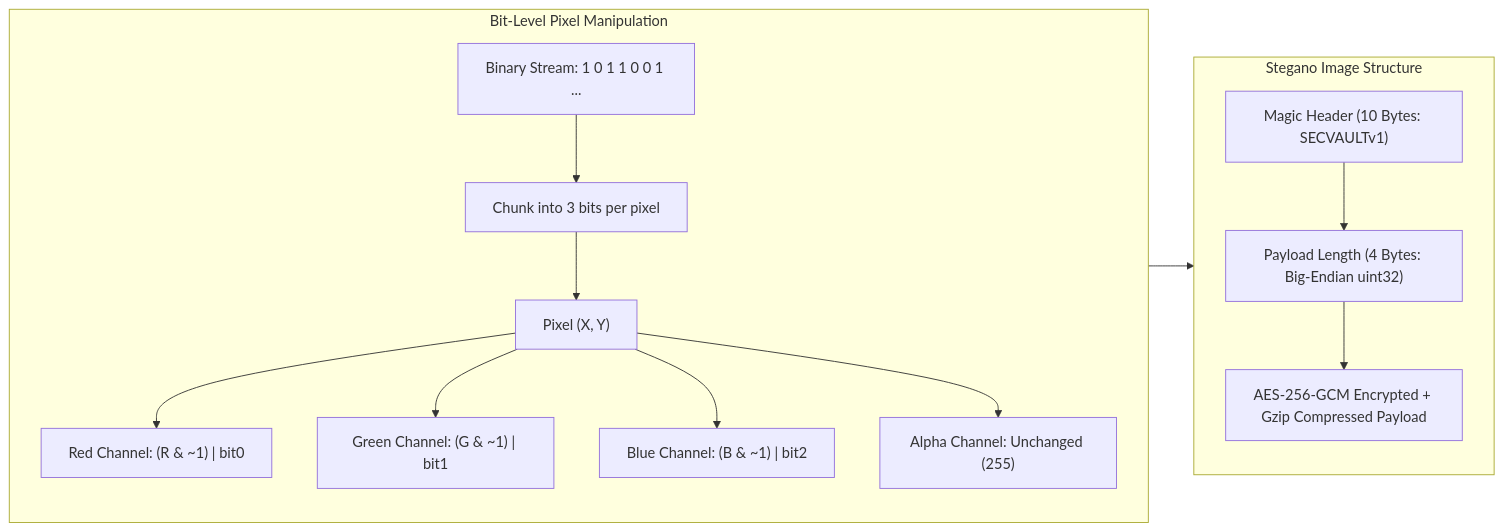
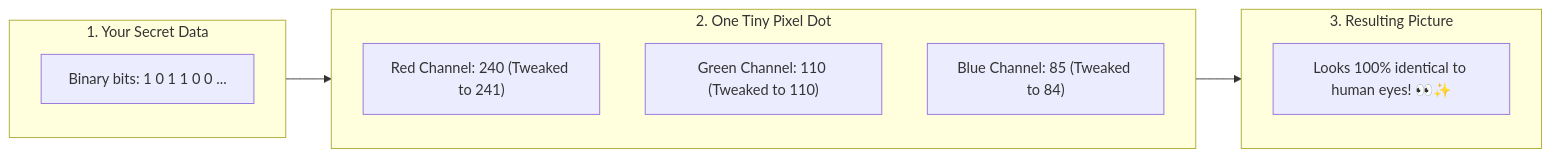
One commit to sujalkathait93-lab/filesender changed the fourth of 4 diagrams in README.md. Above: the diagram before and after it, drawn with Mermaid. The commit also changed other lines of this file, not shown here.

Commit message:
Update README with simple teacher-style explanations for all diagrams and remove deployment guide

````diff
--- a/README.md
+++ b/README.md
@@ -151,20 +153,18 @@
 ```mermaid
 flowchart LR
-    subgraph BIT_INJECTION ["Bit-Level Pixel Manipulation"]
-        direction TB
-        B["Binary Stream: 1 0 1 1 0 0 1 ..."] --> M["Chunk into 3 bits per pixel"]
-        M --> P1["Pixel (X, Y)"]
-        P1 --> R["Red Channel: (R & ~1) | bit0"]
-        P1 --> G["Green Channel: (G & ~1) | bit1"]
-        P1 --> B2["Blue Channel: (B & ~1) | bit2"]
-        P1 --> A["Alpha Channel: Unchanged (255)"]
+    subgraph INPUT ["1. Your Secret Data"]
+        DATA["Binary bits: 1 0 1 1 0 0 ..."]
     end
 
-    subgraph STEGANO_STRUCTURE ["Stegano Image Structure"]
-        direction TB
-        H["Magic Header (10 Bytes: SECVAULTv1)"] --> L["Payload Length (4 Bytes: Big-Endian uint32)"]
-        L --> D["AES-256-GCM Encrypted + Gzip Compressed Payload"]
+    subgraph PIXEL ["2. One Tiny Pixel Dot"]
+        R["Red Channel: 240 (Tweaked to 241)"]
+        G["Green Channel: 110 (Tweaked to 110)"]
+        B["Blue Channel: 85 (Tweaked to 84)"]
     end
 
-    BIT_INJECTION --> STEGANO_STRUCTURE
+    subgraph OUTPUT ["3. Resulting Picture"]
+        IMG["Looks 100% identical to human eyes! 👀✨"]
+    end
+
+    INPUT --> PIXEL --> OUTPUT
 ```
````
